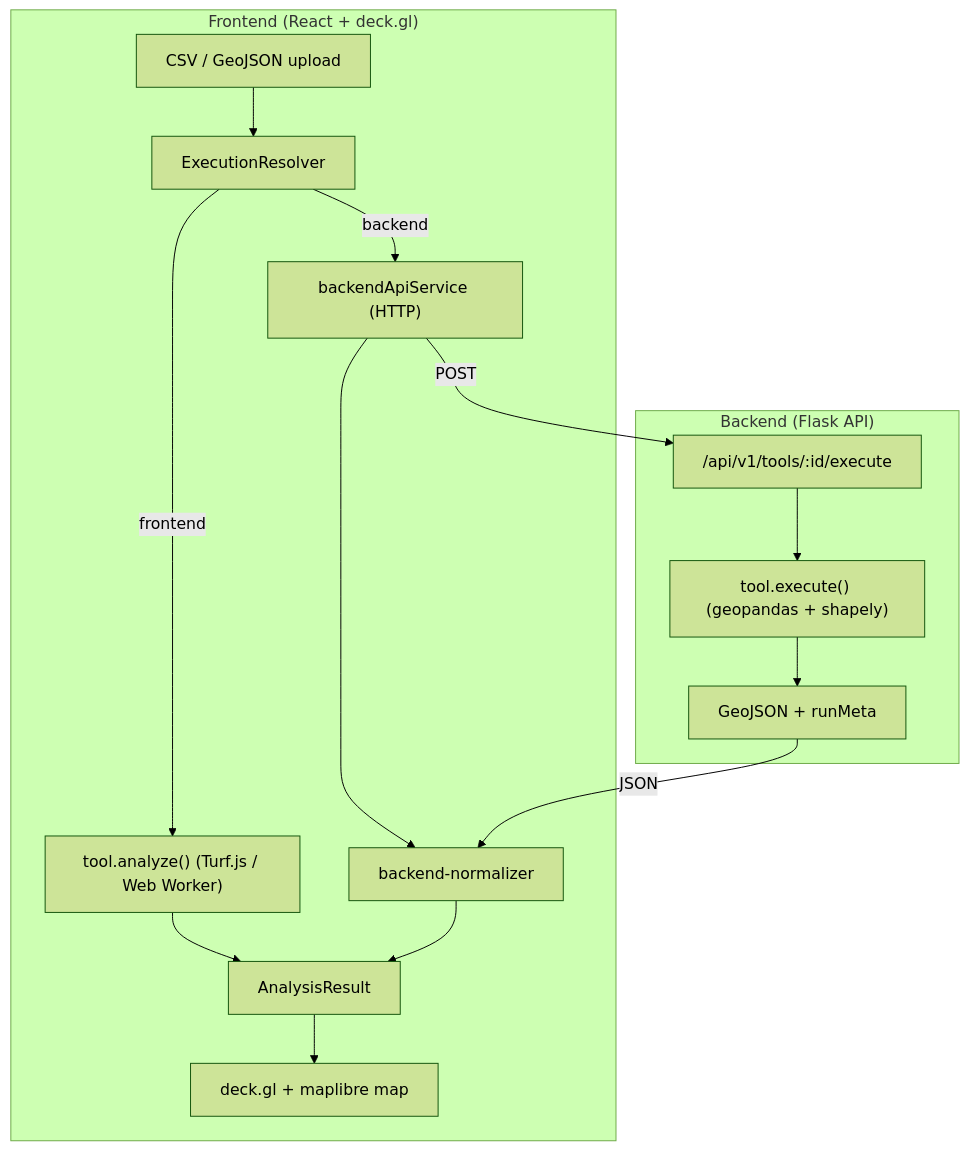
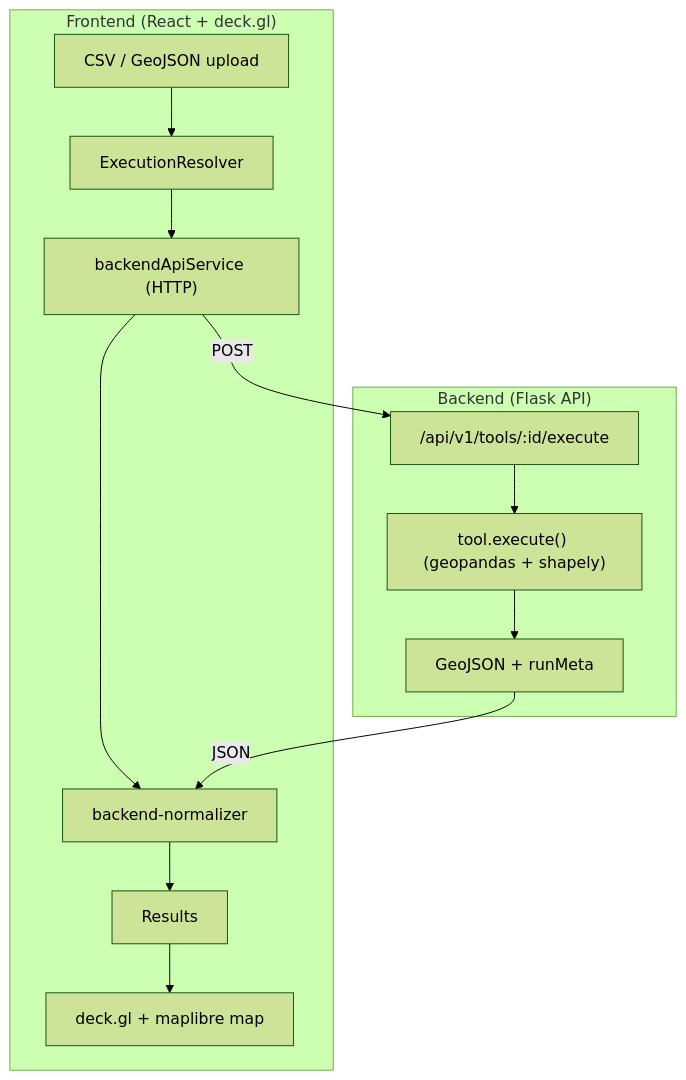
One commit to WYZDevin/ChronoGeoLab changed the diagram in README.md. Above: the diagram before and after it, drawn with Mermaid (forest theme). The commit also changed other lines of this file and 42 other files, not shown here.

````diff
--- a/README.md
+++ b/README.md
@@ -140,17 +156,15 @@
 ```mermaid
 flowchart TD
     subgraph Frontend ["Frontend (React + deck.gl)"]
         CSV["CSV / GeoJSON upload"] --> Resolver["ExecutionResolver"]
-        Resolver -->|frontend| FE["tool.analyze() (Turf.js / Web Worker)"]
-        Resolver -->|backend| API["backendApiService (HTTP)"]
-        FE --> Results["AnalysisResult"]
+        Resolver --> API["backendApiService (HTTP)"]
         API --> Norm["backend-normalizer"] --> Results
         Results --> DeckMap["deck.gl + maplibre map"]
     end
     subgraph Backend ["Backend (Flask API)"]
         Flask["/api/v1/tools/:id/execute"] --> Tool["tool.execute() (geopandas + shapely)"]
         Tool --> GeoJSON["GeoJSON + runMeta"]
     end
     API -->|POST| Flask
     GeoJSON -->|JSON| Norm
 ```
````
